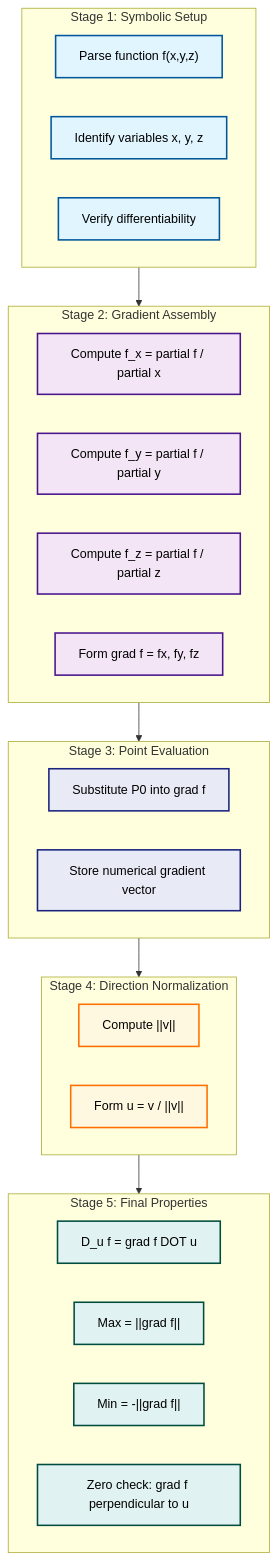
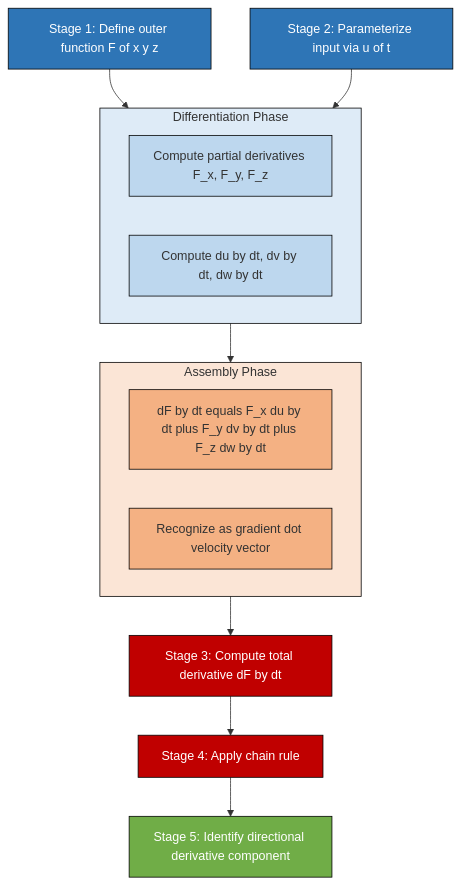
One commit to vishnuu-kr/ktunode changed the fourth of 4 diagrams in public/notes/computer-science-and-engineering/semester-1/gamat101-mathematics-for-information-science-1/03-module-3-the-chain-rule-functions-of-three-variables/properties-of-the-directional-derivative/notes.md. Above: the diagram before and after it, drawn with Mermaid. The commit also changed other lines of this file and 4829 other files, not shown here.

````diff
--- a/public/notes/computer-science-and-engineering/semester-1/gamat101-mathematics-for-information-science-1/03-module-3-the-chain-rule-functions-of-three-variables/properties-of-the-directional-derivative/notes.md
+++ b/public/notes/computer-science-and-engineering/semester-1/gamat101-mathematics-for-information-science-1/03-module-3-the-chain-rule-functions-of-three-variables/properties-of-the-directional-derivative/notes.md
@@ -589,49 +553,37 @@
 ```mermaid
 flowchart TD
-    subgraph Stage1["Stage 1: Symbolic Setup"]
-        S1A["Parse function f(x,y,z)"]
-        S1B["Identify variables x, y, z"]
-        S1C["Verify differentiability"]
+    Stage1["Stage 1: Define outer function F of x y z"]
+    Stage2["Stage 2: Parameterize input via u of t"]
+    Stage3["Stage 3: Compute total derivative dF by dt"]
+    Stage4["Stage 4: Apply chain rule"]
+    Stage5["Stage 5: Identify directional derivative component"]
+    
+    subgraph SubA["Differentiation Phase"]
+        D1A["Compute partial derivatives F_x, F_y, F_z"]
+        D1B["Compute du by dt, dv by dt, dw by dt"]
     end
-
-    subgraph Stage2["Stage 2: Gradient Assembly"]
-        S2A["Compute f_x = partial f / partial x"]
-        S2B["Compute f_y = partial f / partial y"]
-        S2C["Compute f_z = partial f / partial z"]
-        S2D["Form grad f = fx, fy, fz"]
+    
+    subgraph SubB["Assembly Phase"]
+        D2A["dF by dt equals F_x du by dt plus F_y dv by dt plus F_z dw by dt"]
+        D2B["Recognize as gradient dot velocity vector"]
     end
-
-    subgraph Stage3["Stage 3: Point Evaluation"]
-        S3A["Substitute P0 into grad f"]
-        S3B["Store numerical gradient vector"]
-    end
-
-    subgraph Stage4["Stage 4: Direction Normalization"]
-        S4A["Compute ||v||"]
-        S4B["Form u = v / ||v||"]
-    end
-
-    subgraph Stage5["Stage 5: Final Properties"]
-        S5A["D_u f = grad f DOT u"]
-        S5B["Max = ||grad f||"]
-        S5C["Min = -||grad f||"]
-        S5D["Zero check: grad f perpendicular to u"]
-    end
-
-    Stage1 --> Stage2
-    Stage2 --> Stage3
+    
+    Stage1 --> SubA
+    Stage2 --> SubA
+    SubA --> SubB
+    SubB --> Stage3
     Stage3 --> Stage4
     Stage4 --> Stage5
-
-    classDef stage1Style fill:#e1f5fe,stroke:#01579b,stroke-width:2px,color:#000
-    classDef stage2Style fill:#f3e5f5,stroke:#4a148c,stroke-width:2px,color:#000
-    classDef stage3Style fill:#e8eaf6,stroke:#1a237e,stroke-width:2px,color:#000
-    classDef stage4Style fill:#fff8e1,stroke:#ff6f00,stroke-width:2px,color:#000
-    classDef stage5Style fill:#e0f2f1,stroke:#004d40,stroke-width:2px,color:#000
-
-    class S1A,S1B,S1C stage1Style
-    class S2A,S2B,S2C,S2D stage2Style
-    class S3A,S3B stage3Style
-    class S4A,S4B stage4Style
-    class S5A,S5B,S5C,S5D stage5Style
+    
+    style Stage1 fill:#2e75b6,stroke:#000,color:#fff
+    style Stage2 fill:#2e75b6,stroke:#000,color:#fff
+    style Stage3 fill:#c00000,stroke:#000,color:#fff
+    style Stage4 fill:#c00000,stroke:#000,color:#fff
+    style Stage5 fill:#70ad47,stroke:#000,color:#fff
+    style SubA fill:#deebf7,stroke:#000
+    style SubB fill:#fbe5d6,stroke:#000
+    style D1A fill:#bdd7ee,stroke:#000
+    style D1B fill:#bdd7ee,stroke:#000
+    style D2A fill:#f4b183,stroke:#000
+    style D2B fill:#f4b183,stroke:#000
 ```
````
